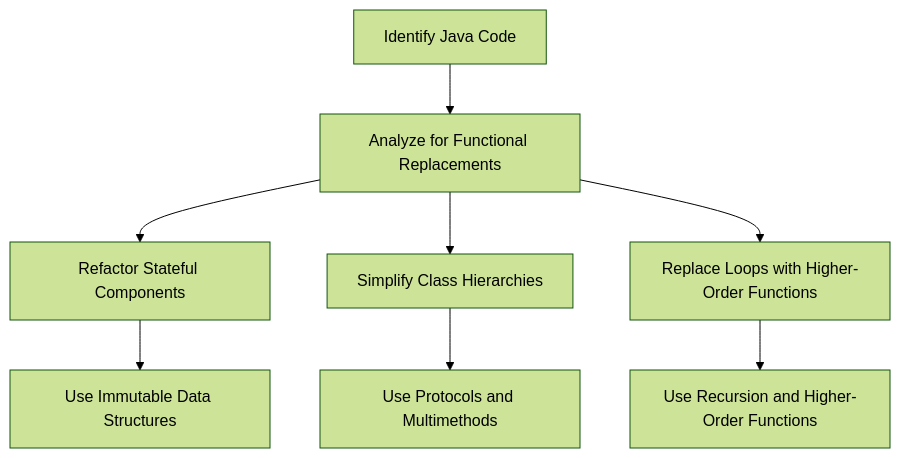
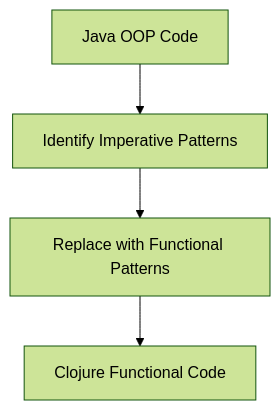
One commit to MasteryEducation/ClojureForJava.com changed the diagram in content/3/13/1/index.md. Above: the diagram before and after it, drawn with Mermaid (forest theme). The commit also changed other lines of this file and 74 other files, not shown here.

````diff
--- a/content/3/13/1/index.md
+++ b/content/3/13/1/index.md
@@ -251,10 +137,6 @@
 ```mermaid
 graph TD;
-    A[Identify Java Code] --> B[Analyze for Functional Replacements];
-    B --> C[Refactor Stateful Components];
-    B --> D[Simplify Class Hierarchies];
-    B --> E[Replace Loops with Higher-Order Functions];
-    C --> F[Use Immutable Data Structures];
-    D --> G[Use Protocols and Multimethods];
-    E --> H[Use Recursion and Higher-Order Functions];
+    A[Java OOP Code] --> B[Identify Imperative Patterns];
+    B --> C[Replace with Functional Patterns];
+    C --> D[Clojure Functional Code];
 ```
````
